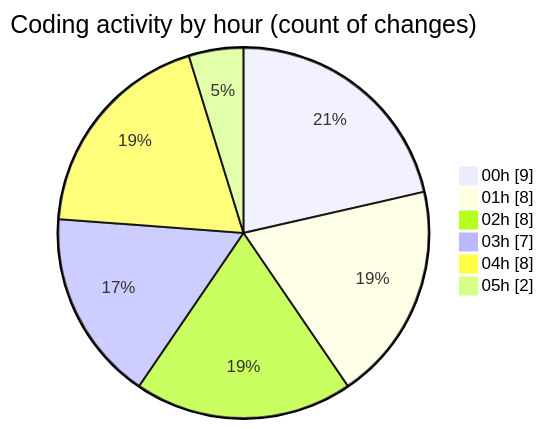
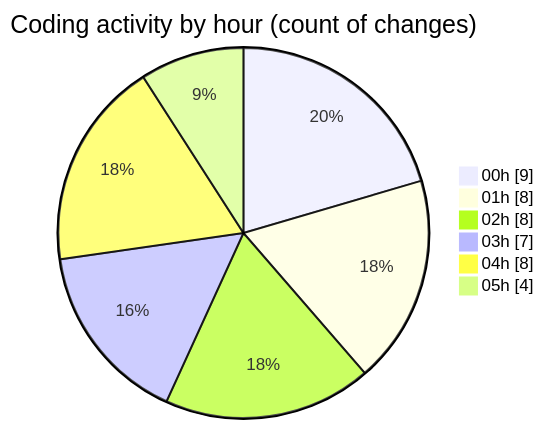
The second of 2 diagrams in 2025-07-14/telebot/README.md (jrari/code-tracking), drawn with Mermaid before and after one commit. The commit also changed other lines of this file and 1 other file, not shown here.

````diff
--- a/2025-07-14/telebot/README.md
+++ b/2025-07-14/telebot/README.md
@@ -48,10 +49,10 @@
 ```mermaid
 pie showData
 title Coding activity by hour (count of changes)
 "00h" : 9
 "01h" : 8
 "02h" : 8
 "03h" : 7
 "04h" : 8
-"05h" : 2
+"05h" : 4
 ```
````
